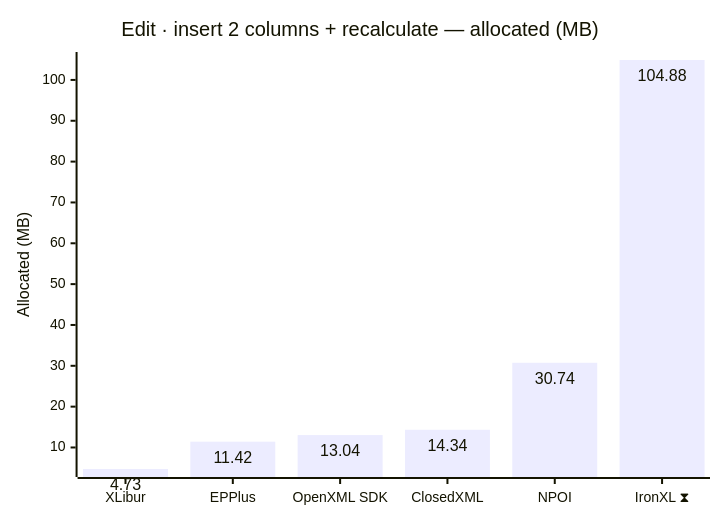
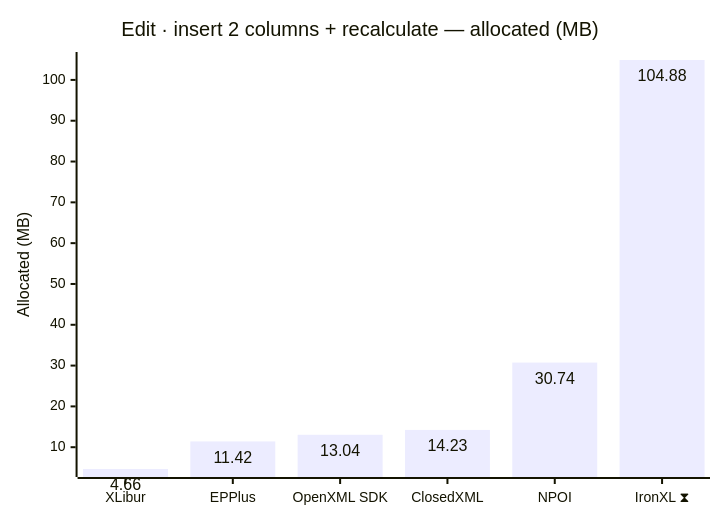
Before and after one commit to jafin/XLBench: diagram 12 of 12 in docs/results-ci.md, drawn with Mermaid. The commit also changed other lines of this file, not shown here.

````diff
--- a/docs/results-ci.md
+++ b/docs/results-ci.md
@@ -184,12 +184,12 @@
 ```mermaid
 ---
 config:
   xyChart:
     showDataLabel: true
 ---
 xychart-beta
     title "Edit · insert 2 columns + recalculate — allocated (MB)"
     x-axis ["XLibur", "EPPlus", "OpenXML SDK", "ClosedXML", "NPOI", "IronXL ⧗"]
     y-axis "Allocated (MB)"
-    bar [4.73, 11.42, 13.04, 14.34, 30.74, 104.88]
+    bar [4.66, 11.42, 13.04, 14.23, 30.74, 104.88]
 ```
````
